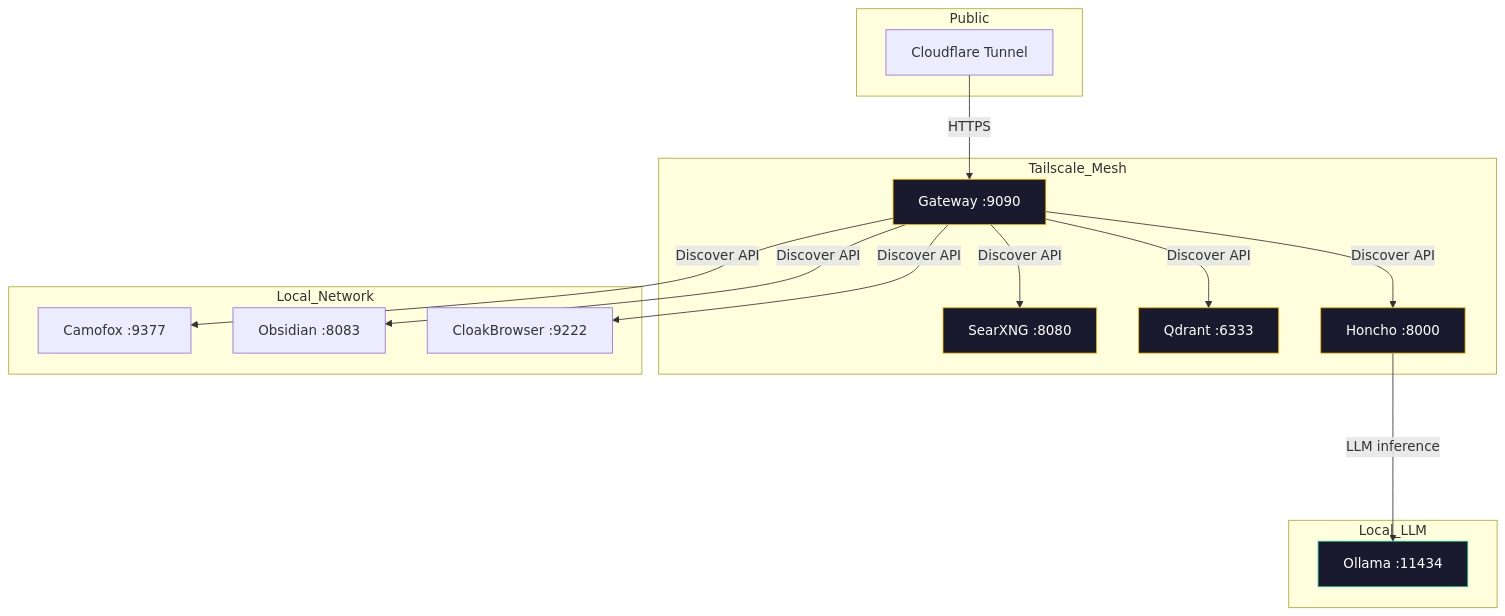
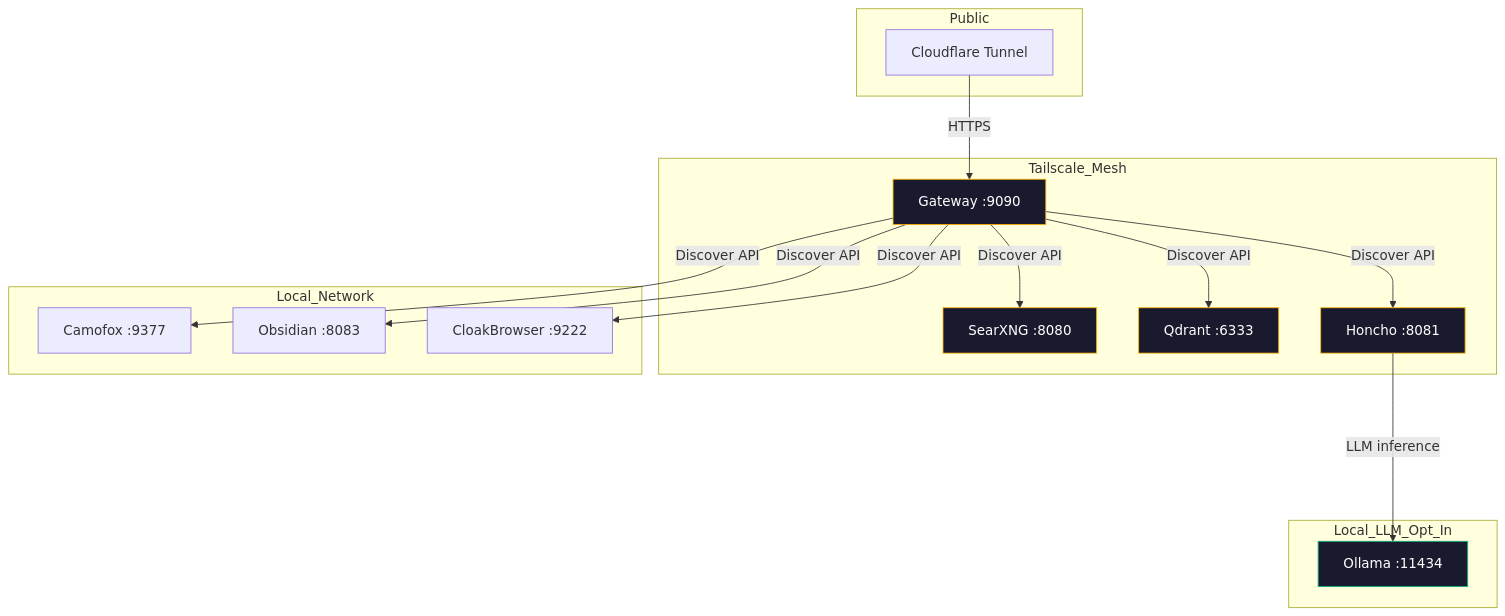
Before and after one commit to OneByJorah/StackDeploy-Dashboard: the diagram in README.md, drawn with Mermaid. The commit also changed other lines of this file, not shown here.

````diff
--- a/README.md
+++ b/README.md
@@ -44,35 +53,35 @@
 ```mermaid
 graph TB
     subgraph Public
         A[Cloudflare Tunnel]
     end
     subgraph Tailscale_Mesh
         B[Gateway :9090]
         C[SearXNG :8080]
         D[Qdrant :6333]
-        E[Honcho :8000]
+        E[Honcho :8081]
     end
-    subgraph Local_LLM
+    subgraph Local_LLM_Opt_In
         I[Ollama :11434]
     end
     subgraph Local_Network
         F[Camofox :9377]
         G[Obsidian :8083]
         H[CloakBrowser :9222]
     end
 
     A -->|HTTPS| B
     B -->|Discover API| C
     B -->|Discover API| D
     B -->|Discover API| E
     B -->|Discover API| F
     B -->|Discover API| G
     B -->|Discover API| H
     E ---->|LLM inference| I
 
     style B fill:#1a1a2e,stroke:#FFB300,color:#fff
     style C fill:#1a1a2e,stroke:#FFB300,color:#fff
     style D fill:#1a1a2e,stroke:#FFB300,color:#fff
     style E fill:#1a1a2e,stroke:#FFB300,color:#fff
     style I fill:#1a1a2e,stroke:#10b981,color:#fff
 ```
````
